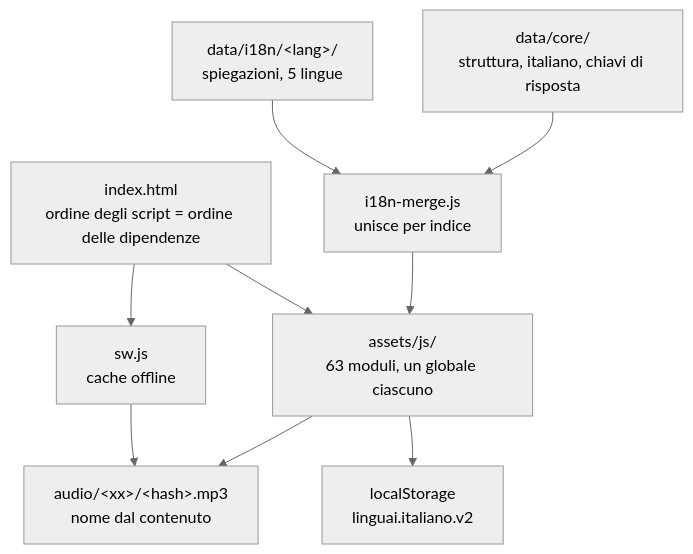
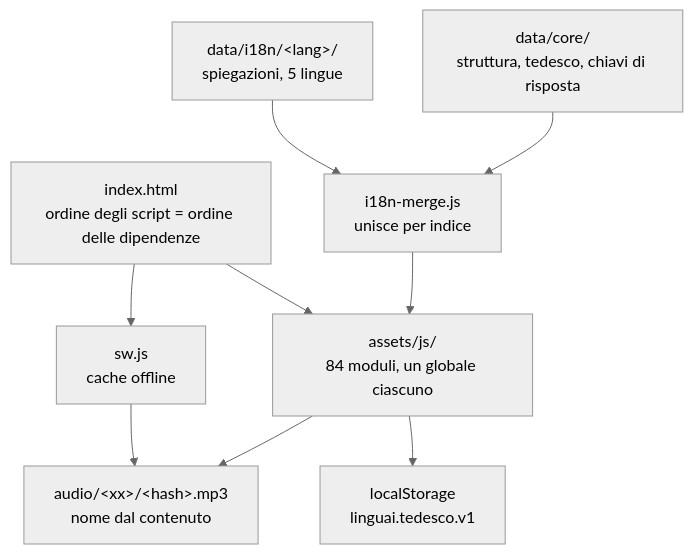
One commit to AndreaBonn/lerne-deutsch changed the diagram in README.it.md. Above: the diagram before and after it, drawn with Mermaid (neutral theme). The commit also changed other lines of this file and 3 other files, not shown here.

````diff
--- a/README.it.md
+++ b/README.it.md
@@ -77,20 +83,20 @@
 ```mermaid
 flowchart TD
   html["index.html<br/>ordine degli script = ordine delle dipendenze"]
-  core["data/core/<br/>struttura, italiano, chiavi di risposta"]
+  core["data/core/<br/>struttura, tedesco, chiavi di risposta"]
   i18n["data/i18n/&lt;lang&gt;/<br/>spiegazioni, 5 lingue"]
   merge["i18n-merge.js<br/>unisce per indice"]
-  engine["assets/js/<br/>63 moduli, un globale ciascuno"]
-  store["localStorage<br/>linguai.italiano.v2"]
+  engine["assets/js/<br/>84 moduli, un globale ciascuno"]
+  store["localStorage<br/>linguai.tedesco.v1"]
   audio["audio/&lt;xx&gt;/&lt;hash&gt;.mp3<br/>nome dal contenuto"]
   sw["sw.js<br/>cache offline"]
 
   html --> engine
   core --> merge
   i18n --> merge
   merge --> engine
   engine --> store
   engine --> audio
   html --> sw
   sw --> audio
 ```
````
